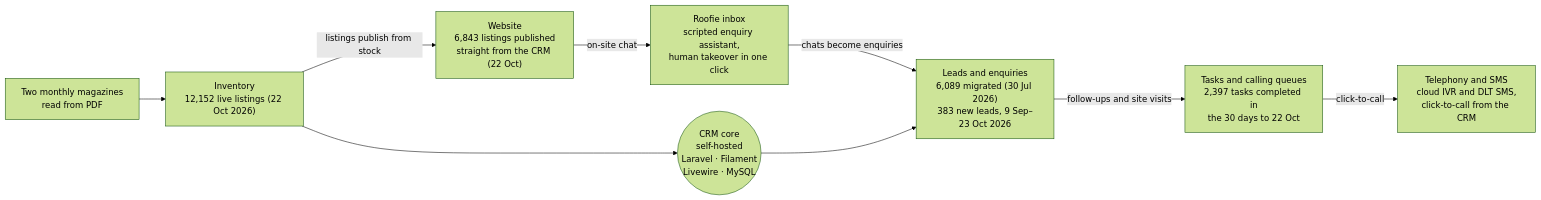
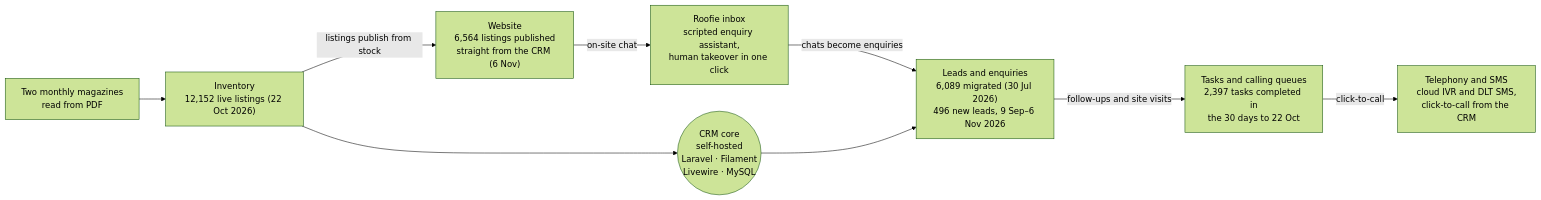
Before and after one commit to abBytes-sudo/real-estate-crm-showcase: the diagram in README.md, drawn with Mermaid (forest theme). The commit also changed other lines of this file and 1 other file, not shown here.

First line of the commit message:
Refresh production numbers to 6 Nov 2026 (about 2 months since go-live)

````diff
--- a/README.md
+++ b/README.md
@@ -56,11 +56,11 @@
 ```mermaid
 flowchart LR
   MAG["Two monthly magazines<br/>read from PDF"] --> INV
-  INV["Inventory<br/>12,152 live listings (22 Oct 2026)"] -->|"listings publish from stock"| WEB["Website<br/>6,843 listings published<br/>straight from the CRM (22 Oct)"]
+  INV["Inventory<br/>12,152 live listings (22 Oct 2026)"] -->|"listings publish from stock"| WEB["Website<br/>6,564 listings published<br/>straight from the CRM (6 Nov)"]
   WEB -->|"on-site chat"| ROOF["Roofie inbox<br/>scripted enquiry assistant,<br/>human takeover in one click"]
-  ROOF -->|"chats become enquiries"| LEADS["Leads and enquiries<br/>6,089 migrated (30 Jul 2026)<br/>383 new leads, 9 Sep–23 Oct 2026"]
+  ROOF -->|"chats become enquiries"| LEADS["Leads and enquiries<br/>6,089 migrated (30 Jul 2026)<br/>496 new leads, 9 Sep–6 Nov 2026"]
   LEADS -->|"follow-ups and site visits"| TASKS["Tasks and calling queues<br/>2,397 tasks completed in<br/>the 30 days to 22 Oct"]
   TASKS -->|"click-to-call"| TEL["Telephony and SMS<br/>cloud IVR and DLT SMS,<br/>click-to-call from the CRM"]
   INV --> CORE(("CRM core<br/>self-hosted<br/>Laravel · Filament<br/>Livewire · MySQL"))
   CORE --> LEADS
 ```
````
